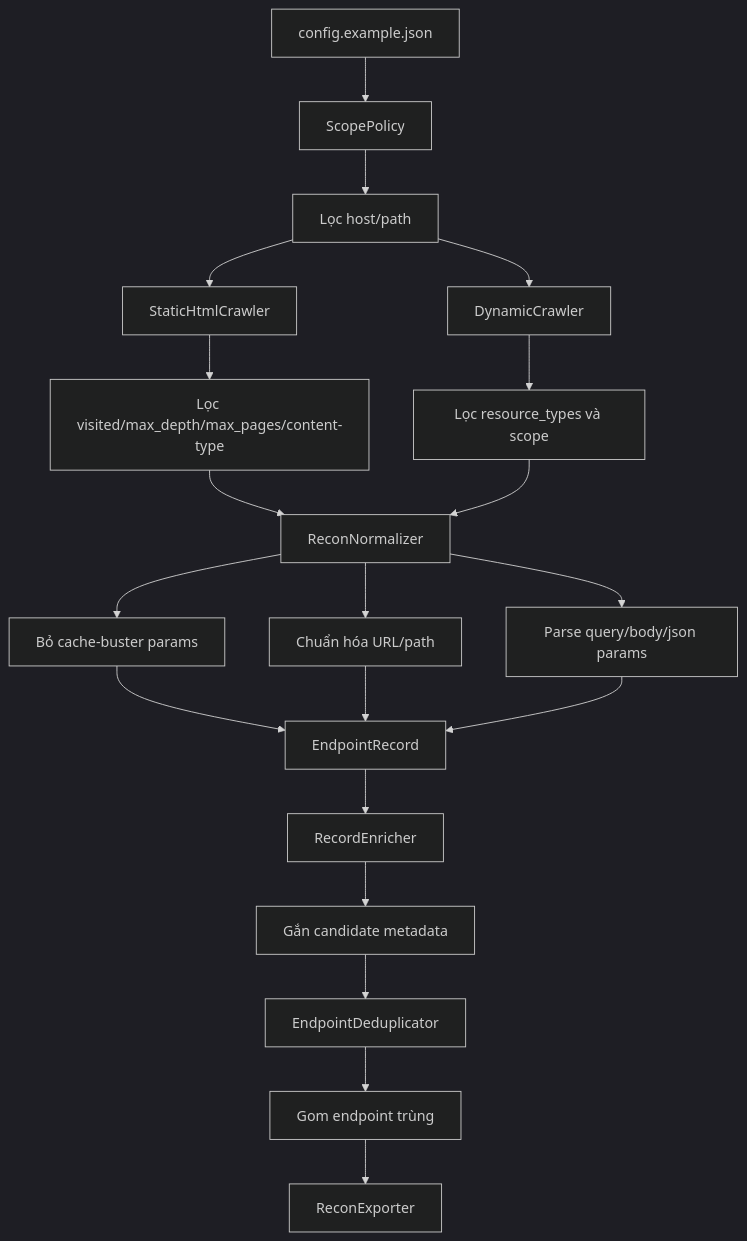
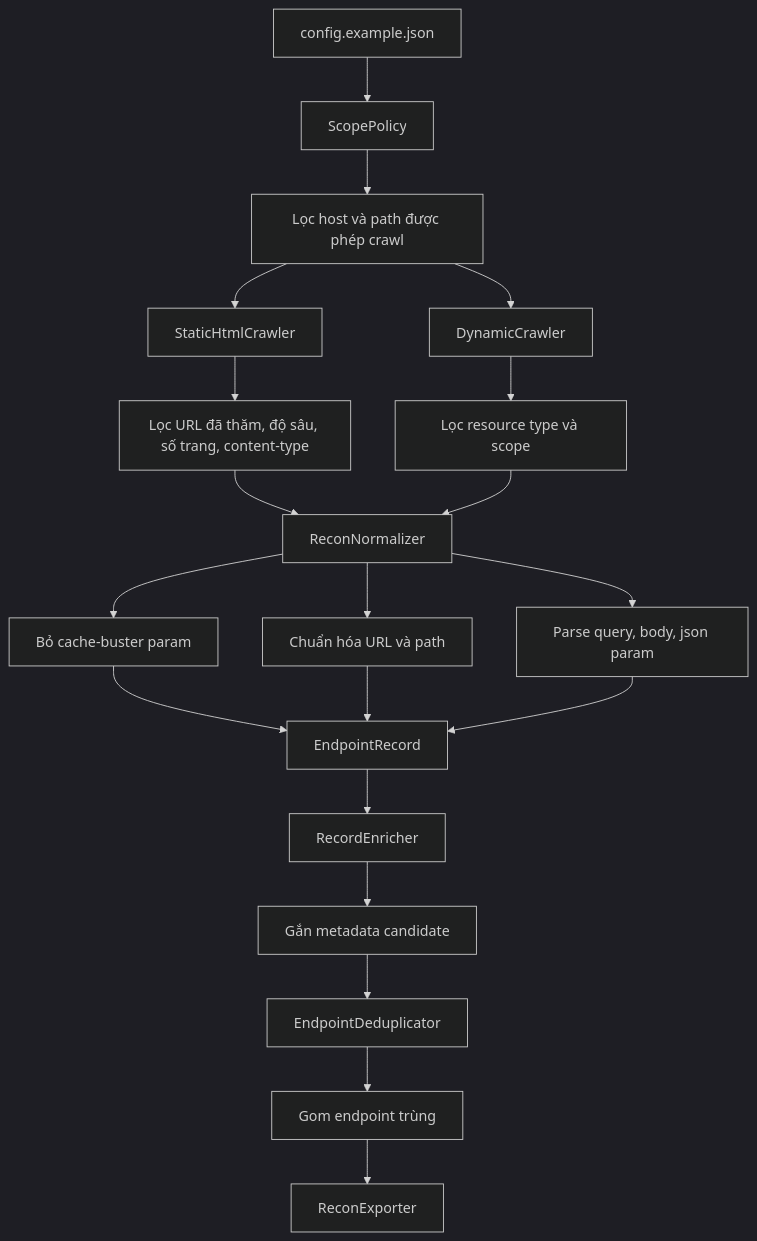
The sixth of 11 diagrams in RECON_FLOW.md (penguino7/toolkiemthu), drawn with Mermaid (dark theme) before and after one commit. The commit also changed other lines of this file, not shown here.

````diff
--- a/RECON_FLOW.md
+++ b/RECON_FLOW.md
@@ -148,28 +166,28 @@
 ```mermaid
 flowchart TD
     A[config.example.json] --> B[ScopePolicy]
-    B --> C[Lọc host/path]
+    B --> C[Lọc host và path được phép crawl]
 
     C --> D[StaticHtmlCrawler]
     C --> E[DynamicCrawler]
 
-    D --> F[Lọc visited/max_depth/max_pages/content-type]
-    E --> G[Lọc resource_types và scope]
+    D --> F[Lọc URL đã thăm, độ sâu, số trang, content-type]
+    E --> G[Lọc resource type và scope]
 
     F --> H[ReconNormalizer]
     G --> H
 
-    H --> I[Bỏ cache-buster params]
-    H --> J[Chuẩn hóa URL/path]
-    H --> K[Parse query/body/json params]
+    H --> I[Bỏ cache-buster param]
+    H --> J[Chuẩn hóa URL và path]
+    H --> K[Parse query, body, json param]
 
     I --> L[EndpointRecord]
     J --> L
     K --> L
 
     L --> M[RecordEnricher]
-    M --> N[Gắn candidate metadata]
+    M --> N[Gắn metadata candidate]
     N --> O[EndpointDeduplicator]
     O --> P[Gom endpoint trùng]
     P --> Q[ReconExporter]
 ```
````
